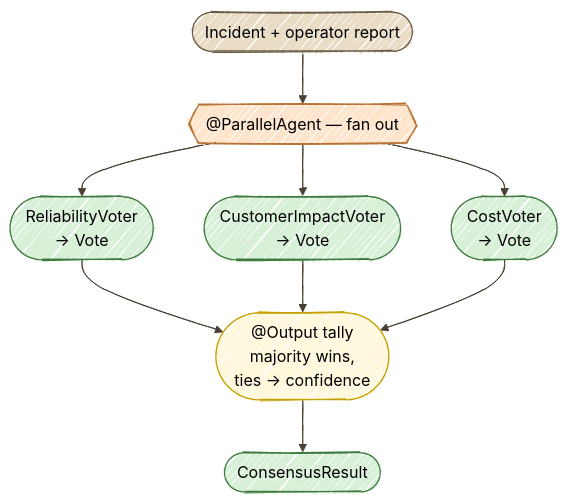
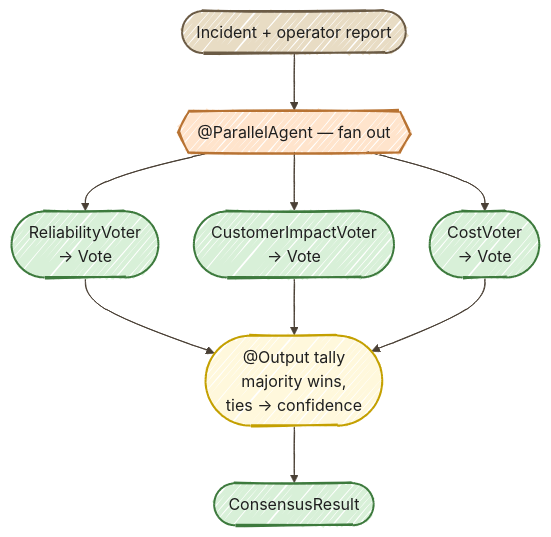
The diagram in docs/11-consensus-voting/START_HERE.md (danieloh30/agentic-ai-java-workshop), drawn with Mermaid before and after one commit. The commit also changed 11 other files, not shown here.

Commit message:
Improve hand-drawn Mermaid readability in light and dark modes

````diff
--- a/docs/11-consensus-voting/START_HERE.md
+++ b/docs/11-consensus-voting/START_HERE.md
@@ -42,24 +42,24 @@
 ```mermaid
-%%{init: {'look':'handDrawn','theme':'neutral','themeVariables': {'lineColor':'#4A4035'}}}%%
+%%{init: {'look':'handDrawn','theme':'base','themeVariables': {'darkMode':false,'background':'#FFFCF5','primaryTextColor':'#1F1F1F','secondaryTextColor':'#1F1F1F','tertiaryTextColor':'#1F1F1F','textColor':'#1F1F1F','lineColor':'#4A4035','edgeLabelBackground':'#FFFCF5','clusterBkg':'#F5F5F0','clusterBorder':'#6B5B45','fontSize':'16px'},'flowchart': {'nodeSpacing':35,'rankSpacing':55,'padding':18}}}%%
 flowchart TD
     START(["Incident + operator report"])
     PAR{{"@ParallelAgent — fan out"}}
     V1(["ReliabilityVoter<br/>→ Vote"])
     V2(["CustomerImpactVoter<br/>→ Vote"])
     V3(["CostVoter<br/>→ Vote"])
     TALLY(["@Output tally<br/>majority wins,<br/>ties → confidence"])
     DONE(["ConsensusResult"])
 
     START --> PAR
     PAR --> V1 & V2 & V3
     V1 & V2 & V3 --> TALLY
     TALLY --> DONE
 
-    style START fill:#E8DCC4,stroke:#6B5B45
-    style PAR fill:#FFE4CC,stroke:#B87333
-    style V1 fill:#D8F0D8,stroke:#3D7A3D
-    style V2 fill:#D8F0D8,stroke:#3D7A3D
-    style V3 fill:#D8F0D8,stroke:#3D7A3D
-    style TALLY fill:#FFF8DC,stroke:#C4A000
-    style DONE fill:#D8F0D8,stroke:#3D7A3D
+    style START fill:#E8DCC4,stroke:#6B5B45,color:#1F1F1F,stroke-width:2px
+    style PAR fill:#FFE4CC,stroke:#B87333,color:#1F1F1F,stroke-width:2px
+    style V1 fill:#D8F0D8,stroke:#3D7A3D,color:#1F1F1F,stroke-width:2px
+    style V2 fill:#D8F0D8,stroke:#3D7A3D,color:#1F1F1F,stroke-width:2px
+    style V3 fill:#D8F0D8,stroke:#3D7A3D,color:#1F1F1F,stroke-width:2px
+    style TALLY fill:#FFF8DC,stroke:#C4A000,color:#1F1F1F,stroke-width:2px
+    style DONE fill:#D8F0D8,stroke:#3D7A3D,color:#1F1F1F,stroke-width:2px
 ```
````
